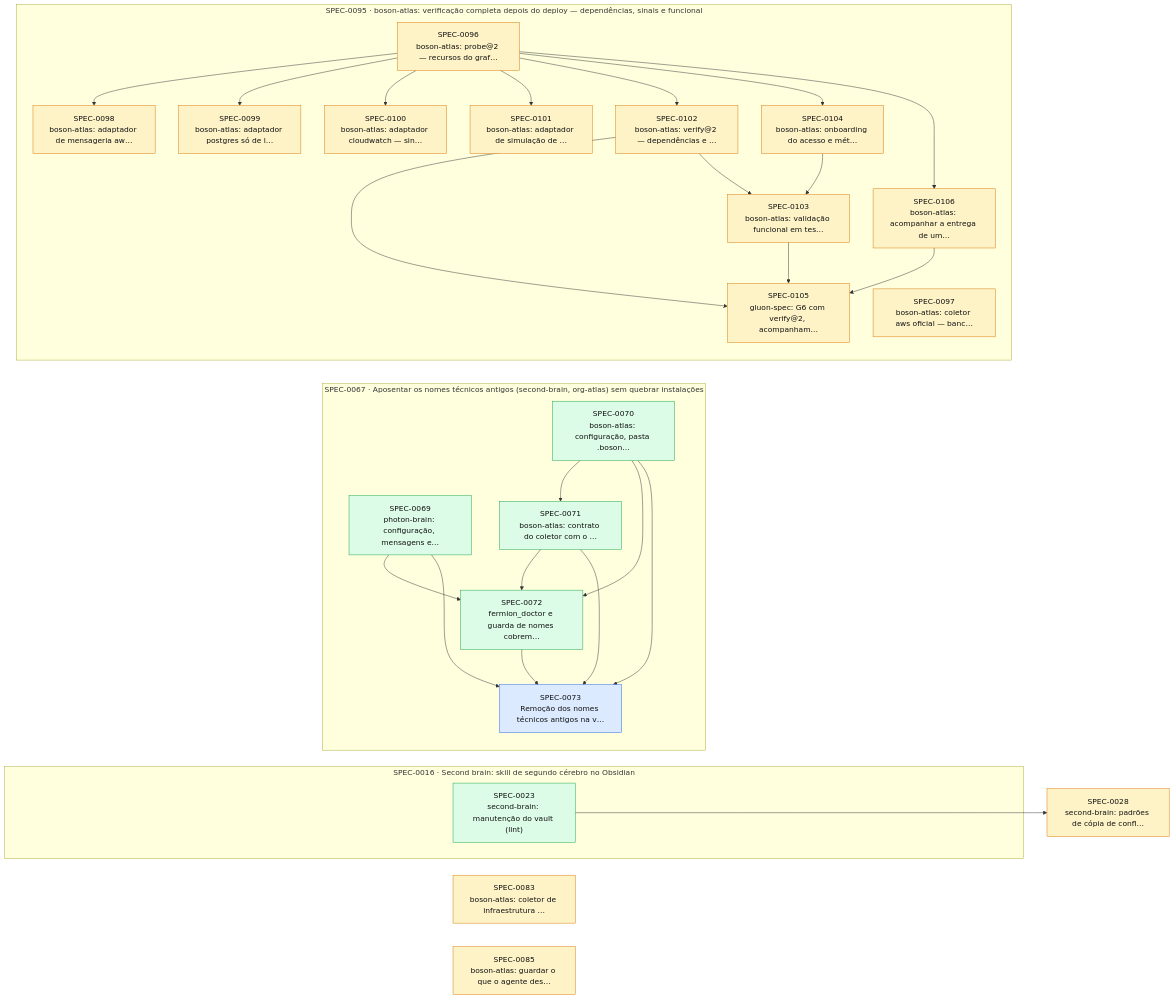
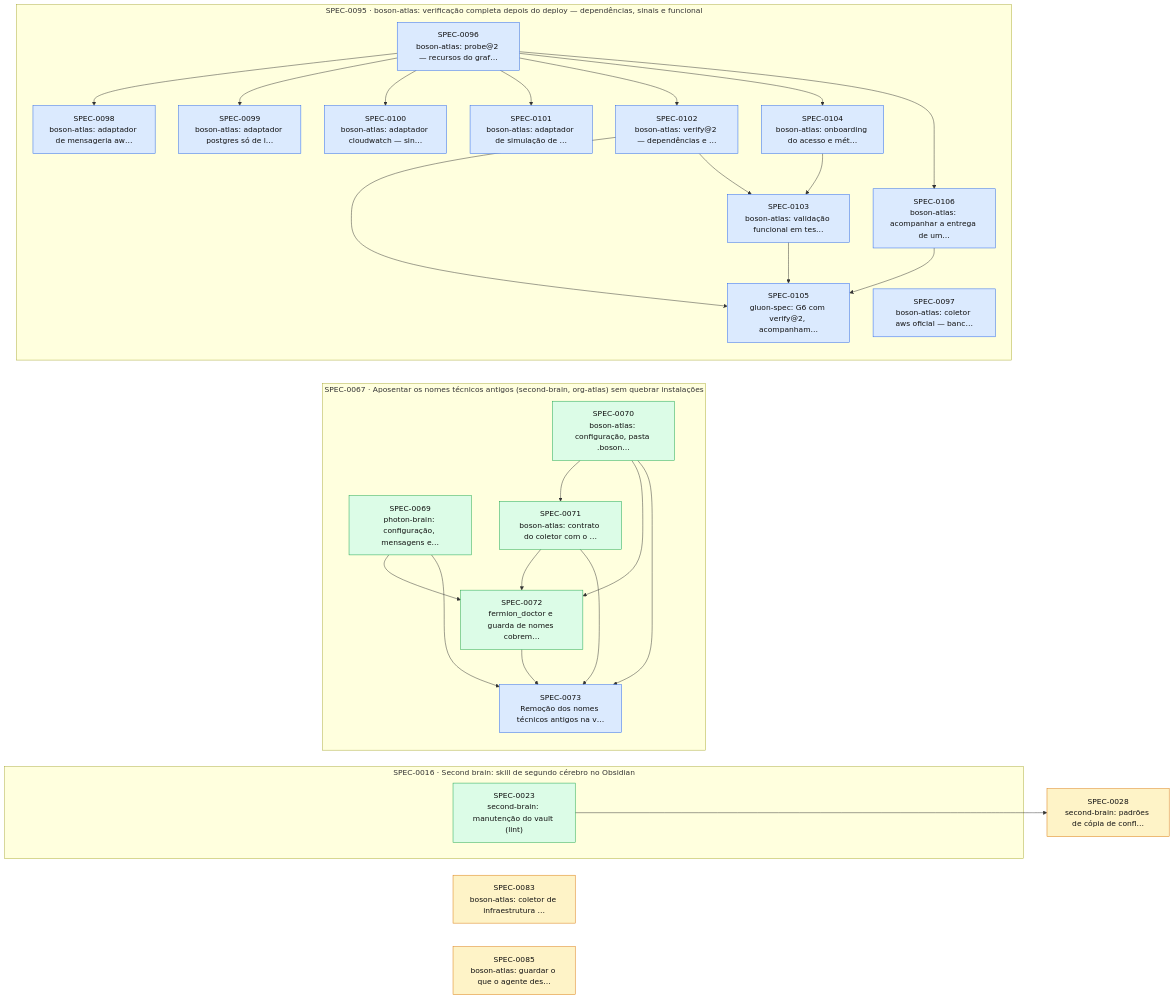
The diagram in docs/specs/INDEX.md (thomasravache/ai-dev-brain), drawn with Mermaid before and after one commit. The commit also changed other lines of this file and 14 other files, not shown here.

````diff
--- a/docs/specs/INDEX.md
+++ b/docs/specs/INDEX.md
@@ -76,55 +76,55 @@
 ```mermaid
 flowchart LR
   S0028["SPEC-0028<br/>second-brain: padrões de cópia de confl…"]:::proposed
   S0083["SPEC-0083<br/>boson-atlas: coletor de infraestrutura …"]:::proposed
   S0085["SPEC-0085<br/>boson-atlas: guardar o que o agente des…"]:::proposed
   subgraph E0016["SPEC-0016 · Second brain: skill de segundo cérebro no Obsidian"]
     S0023["SPEC-0023<br/>second-brain: manutenção do vault (lint)"]:::implemented
   end
   subgraph E0067["SPEC-0067 · Aposentar os nomes técnicos antigos (second-brain, org-atlas) sem quebrar instalações"]
     S0069["SPEC-0069<br/>photon-brain: configuração, mensagens e…"]:::implemented
     S0070["SPEC-0070<br/>boson-atlas: configuração, pasta .boson…"]:::implemented
     S0071["SPEC-0071<br/>boson-atlas: contrato do coletor com o …"]:::implemented
     S0072["SPEC-0072<br/>fermion_doctor e guarda de nomes cobrem…"]:::implemented
     S0073["SPEC-0073<br/>Remoção dos nomes técnicos antigos na v…"]:::approved
   end
   subgraph E0095["SPEC-0095 · boson-atlas: verificação completa depois do deploy — dependências, sinais e funcional"]
-    S0096["SPEC-0096<br/>boson-atlas: probe@2 — recursos do graf…"]:::proposed
-    S0097["SPEC-0097<br/>boson-atlas: coletor aws oficial — banc…"]:::proposed
-    S0098["SPEC-0098<br/>boson-atlas: adaptador de mensageria aw…"]:::proposed
-    S0099["SPEC-0099<br/>boson-atlas: adaptador postgres só de l…"]:::proposed
-    S0100["SPEC-0100<br/>boson-atlas: adaptador cloudwatch — sin…"]:::proposed
-    S0101["SPEC-0101<br/>boson-atlas: adaptador de simulação de …"]:::proposed
-    S0102["SPEC-0102<br/>boson-atlas: verify@2 — dependências e …"]:::proposed
-    S0103["SPEC-0103<br/>boson-atlas: validação funcional em tes…"]:::proposed
-    S0104["SPEC-0104<br/>boson-atlas: onboarding do acesso e mét…"]:::proposed
-    S0105["SPEC-0105<br/>gluon-spec: G6 com verify@2, acompanham…"]:::proposed
-    S0106["SPEC-0106<br/>boson-atlas: acompanhar a entrega de um…"]:::proposed
+    S0096["SPEC-0096<br/>boson-atlas: probe@2 — recursos do graf…"]:::approved
+    S0097["SPEC-0097<br/>boson-atlas: coletor aws oficial — banc…"]:::approved
+    S0098["SPEC-0098<br/>boson-atlas: adaptador de mensageria aw…"]:::approved
+    S0099["SPEC-0099<br/>boson-atlas: adaptador postgres só de l…"]:::approved
+    S0100["SPEC-0100<br/>boson-atlas: adaptador cloudwatch — sin…"]:::approved
+    S0101["SPEC-0101<br/>boson-atlas: adaptador de simulação de …"]:::approved
+    S0102["SPEC-0102<br/>boson-atlas: verify@2 — dependências e …"]:::approved
+    S0103["SPEC-0103<br/>boson-atlas: validação funcional em tes…"]:::approved
+    S0104["SPEC-0104<br/>boson-atlas: onboarding do acesso e mét…"]:::approved
+    S0105["SPEC-0105<br/>gluon-spec: G6 com verify@2, acompanham…"]:::approved
+    S0106["SPEC-0106<br/>boson-atlas: acompanhar a entrega de um…"]:::approved
   end
   S0023 --> S0028
   S0070 --> S0071
   S0069 --> S0072
   S0070 --> S0072
   S0071 --> S0072
   S0069 --> S0073
   S0070 --> S0073
   S0071 --> S0073
   S0072 --> S0073
   S0096 --> S0098
   S0096 --> S0099
   S0096 --> S0100
   S0096 --> S0101
   S0096 --> S0102
   S0102 --> S0103
   S0104 --> S0103
   S0096 --> S0104
   S0102 --> S0105
   S0103 --> S0105
   S0106 --> S0105
   S0096 --> S0106
   classDef proposed fill:#fef3c7,stroke:#d97706,color:#111
   classDef approved fill:#dbeafe,stroke:#2563eb,color:#111
   classDef inprogress fill:#ede9fe,stroke:#7c3aed,color:#111
   classDef implemented fill:#dcfce7,stroke:#16a34a,color:#111
   classDef deprecated fill:#f3f4f6,stroke:#9ca3af,color:#6b7280
 ```
````
